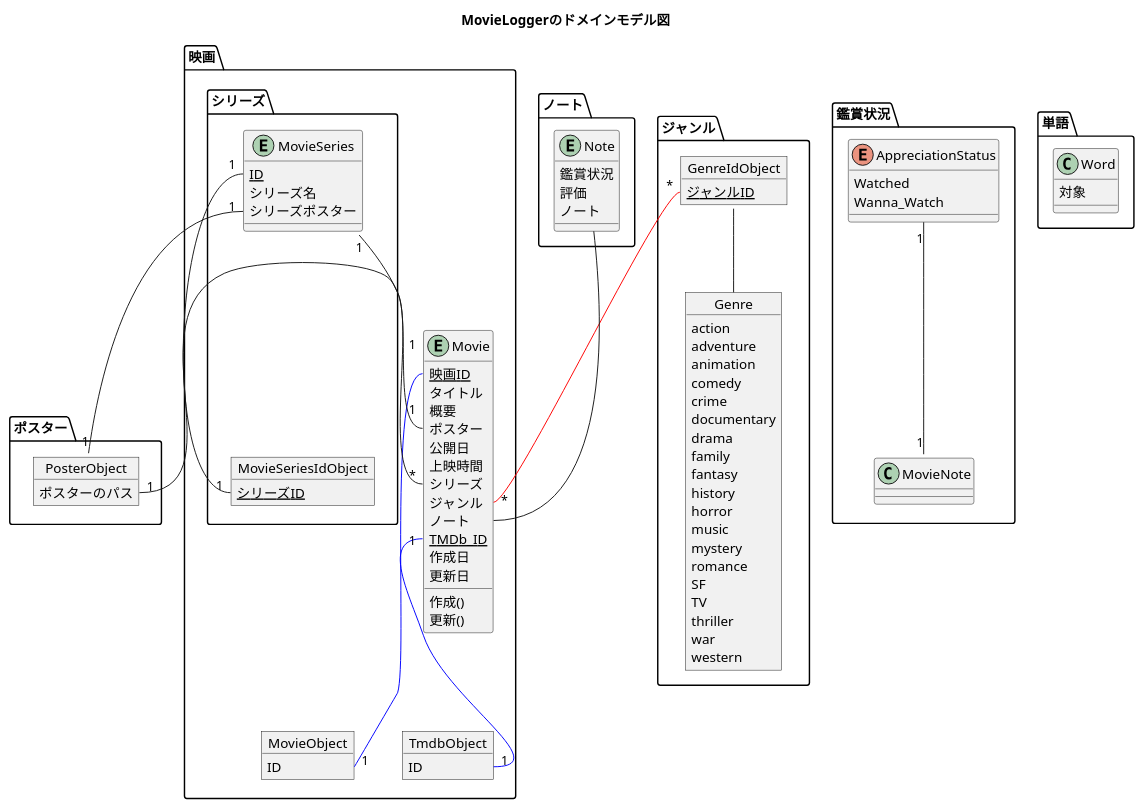
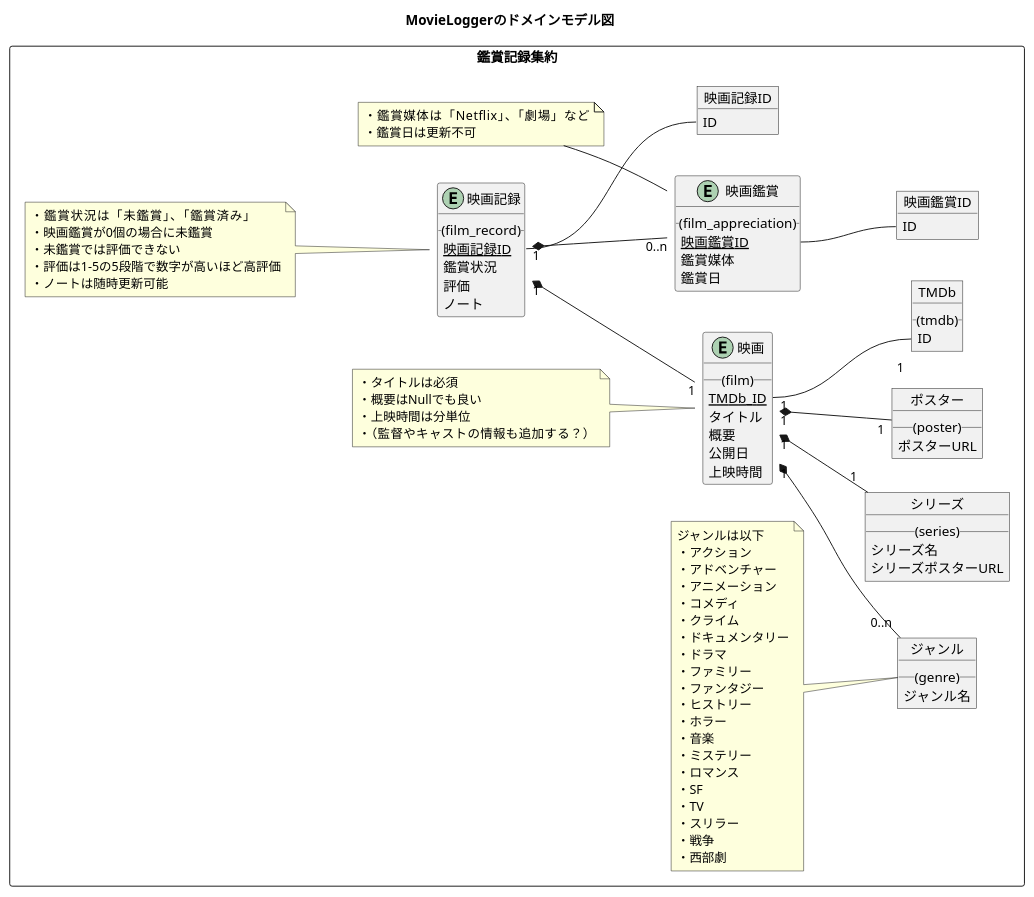
One commit to takeYY/filmography changed the diagram in api/docs/domain_model/domain_model.puml. Above: the diagram before and after it, drawn with PlantUML. The commit also changed 1 other file, not shown here.

Commit message:
📈 ドメインモデル図を修正

```diff
--- a/api/docs/domain_model/domain_model.puml
+++ b/api/docs/domain_model/domain_model.puml
@@ -1,139 +1,123 @@
 @startuml fig_domain_model
 title MovieLoggerのドメインモデル図
+left to right direction
 
-package 映画 {
-  ' Movie MODEL '
-  '' ValueObject ''
-  object MovieObject {
-    ID
-  }
-  object TmdbObject {
-    ID
+
+rectangle 鑑賞記録集約 {
+  entity 映画 {
+    __(film)__
+    {static} TMDb_ID
+    タイトル
+    概要
+    公開日
+    上映時間
   }
 
-  '' Movie Entity ''
-  entity Movie {
-    {static} 映画ID
-    タイトル
-    概要
-    ポスター
-    公開日
-    上映時間
-    シリーズ
-    ジャンル
-    ノート
-    {static} TMDb_ID
-    作成日
-    更新日
-
-    作成()
-    更新()
-  }
-
-
-  ' Note ' 
-  ' ???
-
-
-  ' Movie RELATION '
-  Movie::映画ID "1" -[#Blue]- "1" MovieObject::ID
-  Movie::TMDb_ID "1" -[#Blue]- "1" TmdbObject::ID
-
-
-
-  package シリーズ {
-    object MovieSeriesIdObject {
-      {static} シリーズID
-    }
-
-    entity MovieSeries {
-      {static} ID
-      シリーズ名
-      シリーズポスター
-    }
-  }
-
-  MovieSeries "1" -- "*" Movie::シリーズ
-  MovieSeries::ID "1" -- "1" MovieSeriesIdObject::シリーズID
-}
-
-
-
-
-package 鑑賞状況 {
-  enum AppreciationStatus {
-    Watched
-    Wanna_Watch
-  }
-
-  AppreciationStatus "1" -- "1" MovieNote::鑑賞状況
-}
-
-
-
-
-package ジャンル {
-  object GenreIdObject {
-    {static} ジャンルID
-  }
-  object Genre {
-    action
-    adventure
-    animation
-    comedy
-    crime
-    documentary
-    drama
-    family
-    fantasy
-    history
-    horror
-    music
-    mystery
-    romance
-    SF
-    TV
-    thriller
-    war
-    western
-  }
-
-  GenreIdObject -- Genre
-  GenreIdObject::ジャンルID "*" -[#Red]- "*" Movie::ジャンル
-}
-
-
-
-
-package ポスター {
-  object PosterObject {
-    ポスターのパス
-  }
-
-  PosterObject::ポスターのパス "1" -- "1" Movie::ポスター
-  MovieSeries::シリーズポスター "1" -- "1" PosterObject::ポスターのポス
-}
-
-
-
-
-package ノート {
-  entity Note {
+  entity 映画記録 {
+    __(film_record)__
+    {static} 映画記録ID
     鑑賞状況
     評価
     ノート
   }
 
-  Note -- Movie::ノート
-}
+  entity 映画鑑賞 {
+    __(film_appreciation)__
+    {static} 映画鑑賞ID
+    鑑賞媒体
+    鑑賞日
+  }
+
+  object ジャンル {
+    __(genre)__
+    ジャンル名
+  }
+
+  object シリーズ {
+    __(series)__
+    シリーズ名
+    シリーズポスターURL
+  }
+
+  object ポスター {
+    __(poster)__
+    ポスターURL
+  }
+
+  object TMDb {
+    __(tmdb)__
+    ID
+  }
+
+  object 映画記録ID {
+    ID
+  }
+
+  object 映画鑑賞ID {
+    ID
+  }
 
 
 
+  映画記録 "1" *-- "0..n" 映画鑑賞
+  映画記録 "1" *-- "1" 映画
+  映画記録::映画記録ID -- 映画記録ID::ID
 
-package 単語 {
-  class Word {
-    対象
-  }
+  映画 "1" *-- "0..n" ジャンル
+  映画 "1" *-- "1" シリーズ
+  映画 "1" *-- "1" ポスター
+  映画::TMDb_ID "1" -- "1" TMDb::ID
+
+  映画鑑賞::映画鑑賞ID -- 映画鑑賞ID::ID
+
+
+
+  note as film_record_note
+    ・鑑賞状況は「未鑑賞」、「鑑賞済み」
+    ・映画鑑賞が0個の場合に未鑑賞
+    ・未鑑賞では評価できない
+    ・評価は1-5の5段階で数字が高いほど高評価
+    ・ノートは随時更新可能
+  end note
+  film_record_note -- 映画記録
+
+  note as film_appreciation_note
+    ・鑑賞媒体は「Netflix」、「劇場」など
+    ・鑑賞日は更新不可
+  end note
+  film_appreciation_note -- 映画鑑賞
+
+  note as film_note
+    ・タイトルは必須
+    ・概要はNullでも良い
+    ・上映時間は分単位
+    ・（監督やキャストの情報も追加する？）
+  end note
+  film_note -- 映画
+
+  note as genre_note
+    ジャンルは以下
+    ・アクション
+    ・アドベンチャー
+    ・アニメーション
+    ・コメディ
+    ・クライム
+    ・ドキュメンタリー
+    ・ドラマ
+    ・ファミリー
+    ・ファンタジー
+    ・ヒストリー
+    ・ホラー
+    ・音楽
+    ・ミステリー
+    ・ロマンス
+    ・SF
+    ・TV
+    ・スリラー
+    ・戦争
+    ・西部劇
+  end note
+  genre_note -- ジャンル
 }
 
 @enduml
```
